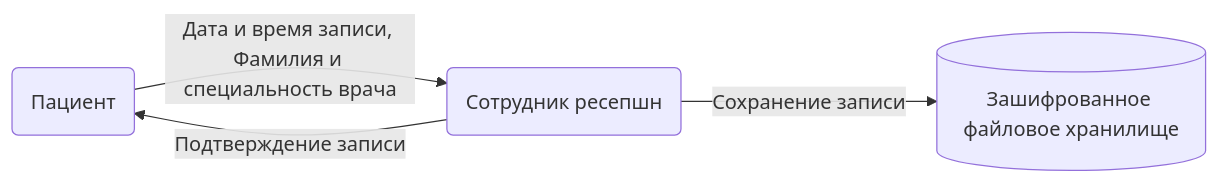
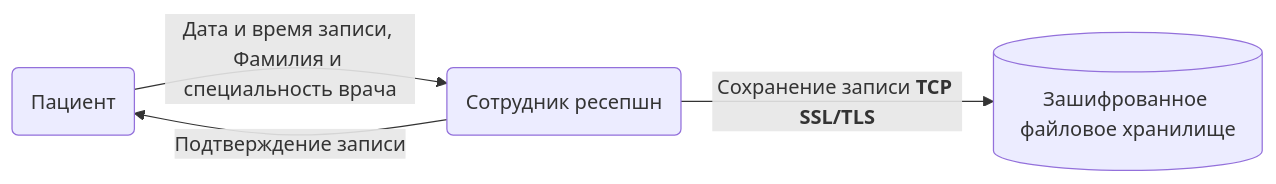
The second of 5 diagrams in Task1/security-measures.md (notnullptr-gh/architechture-sprint-10), drawn with Mermaid before and after one commit. The commit also changed other lines of this file and 1 other file, not shown here.

````diff
--- a/Task1/security-measures.md
+++ b/Task1/security-measures.md
@@ -18,9 +25,9 @@
 ```mermaid
 graph LR
     Customer(Пациент)
     Employe(Сотрудник ресепшн)
     DB[(Зашифрованное файловое хранилище)]
     Customer --> |Дата и время записи, Фамилия и специальность врача| Employe
     Employe --> |Подтверждение записи| Customer
-    Employe --> |Сохранение записи| DB
+    Employe --> |Сохранение записи <b>TCP SSL/TLS</b>| DB
 ```
````
